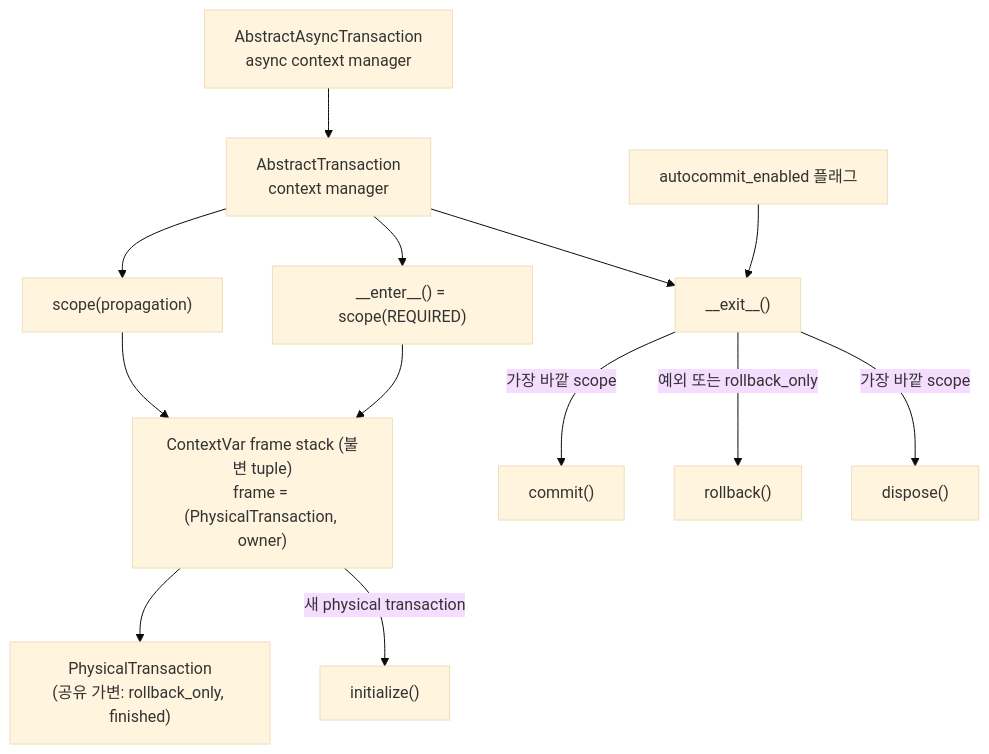
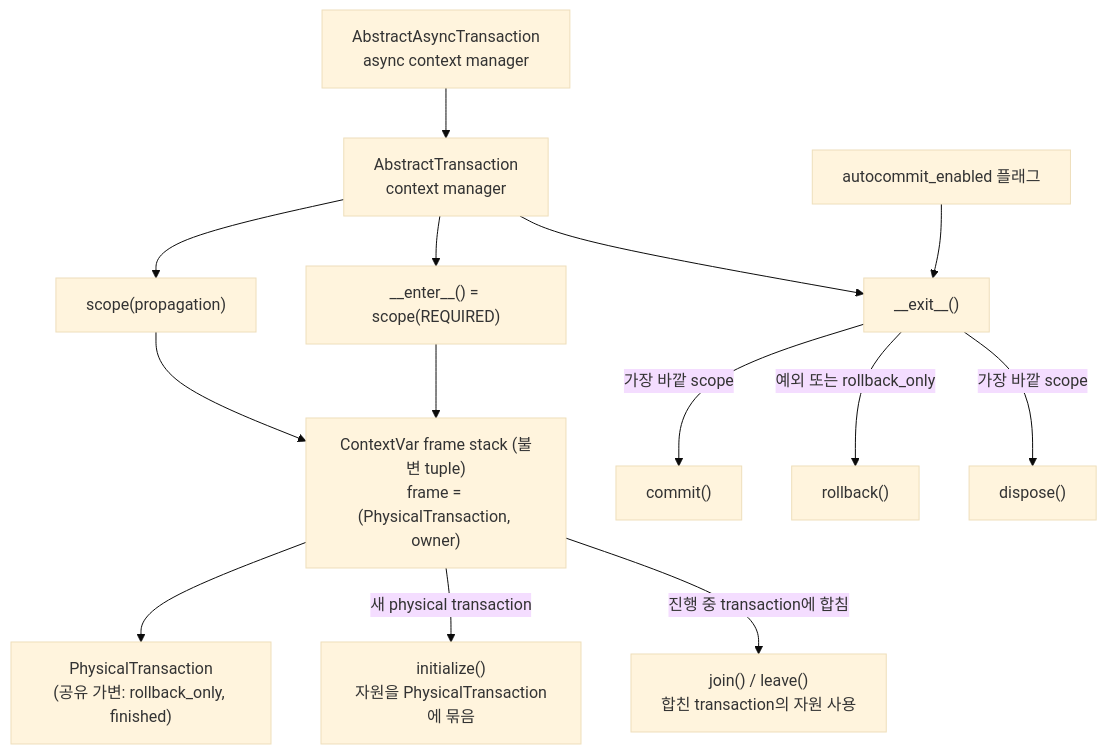
Before and after one commit to E5presso/spakky-framework: the eighth of 14 diagrams in ARCHITECTURE.md, drawn with Mermaid (base theme). The commit also changed other lines of this file and 22 other files, not shown here.

````diff
--- a/ARCHITECTURE.md
+++ b/ARCHITECTURE.md
@@ -861,28 +865,30 @@
 ```mermaid
 flowchart TD
     tx["AbstractTransaction<br/>context manager"]
     scope["scope(propagation)"]
     frames["ContextVar frame stack (불변 tuple)<br/>frame = (PhysicalTransaction, owner)"]
     physical["PhysicalTransaction<br/>(공유 가변: rollback_only, finished)"]
     enter["__enter__() = scope(REQUIRED)"]
-    init["initialize()"]
+    init["initialize()<br/>자원을 PhysicalTransaction에 묶음"]
+    join["join() / leave()<br/>합친 transaction의 자원 사용"]
     exit["__exit__()"]
     commit["commit()"]
     rollback["rollback()"]
     dispose["dispose()"]
     flag["autocommit_enabled 플래그"]
     async_tx["AbstractAsyncTransaction<br/>async context manager"]
 
     tx --> scope
     tx --> enter
     scope --> frames
     frames --> physical
     enter --> frames
     frames -->|"새 physical transaction"| init
+    frames -->|"진행 중 transaction에 합침"| join
     tx --> exit
     exit -->|"가장 바깥 scope"| commit
     exit -->|"예외 또는 rollback_only"| rollback
     exit -->|"가장 바깥 scope"| dispose
     flag --> exit
     async_tx --> tx
 ```
````
